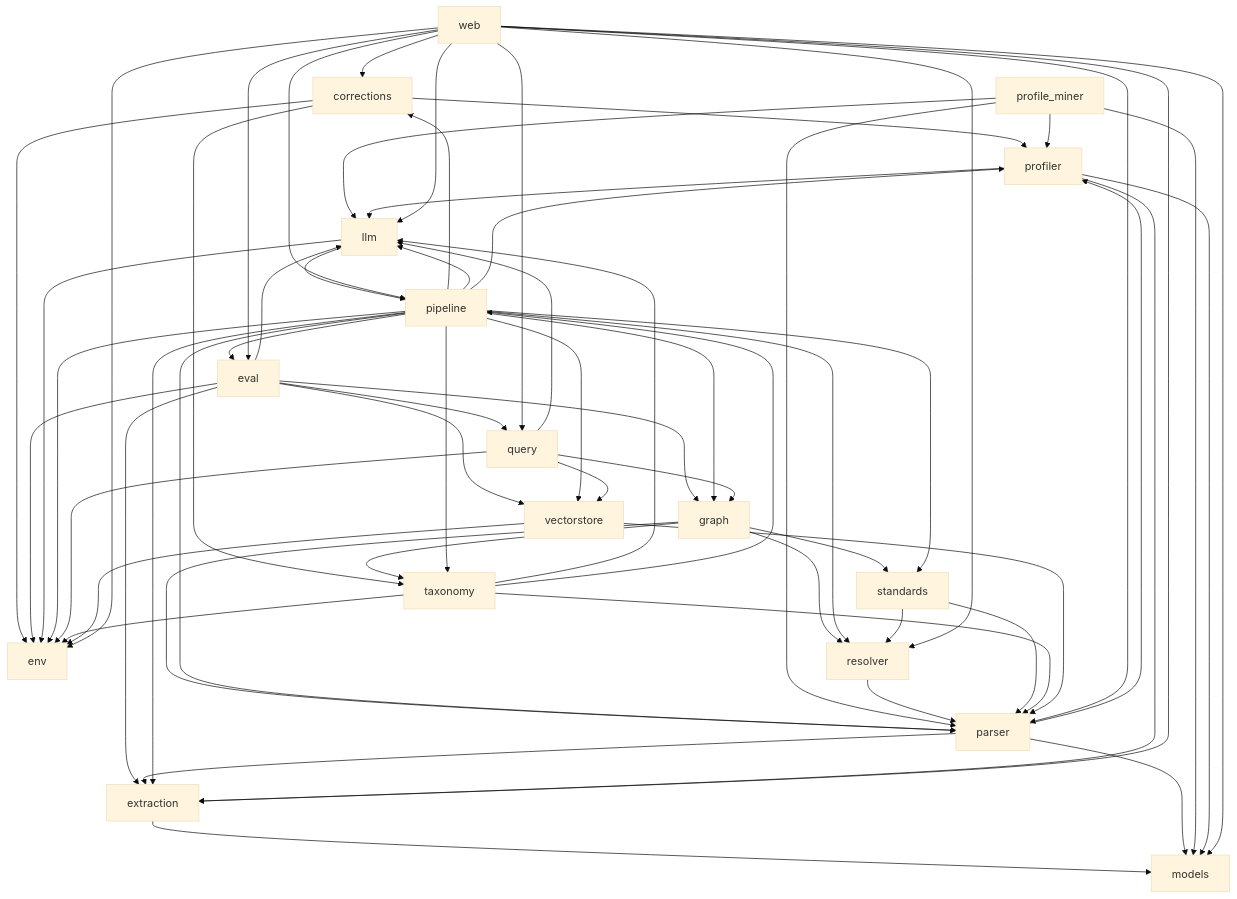
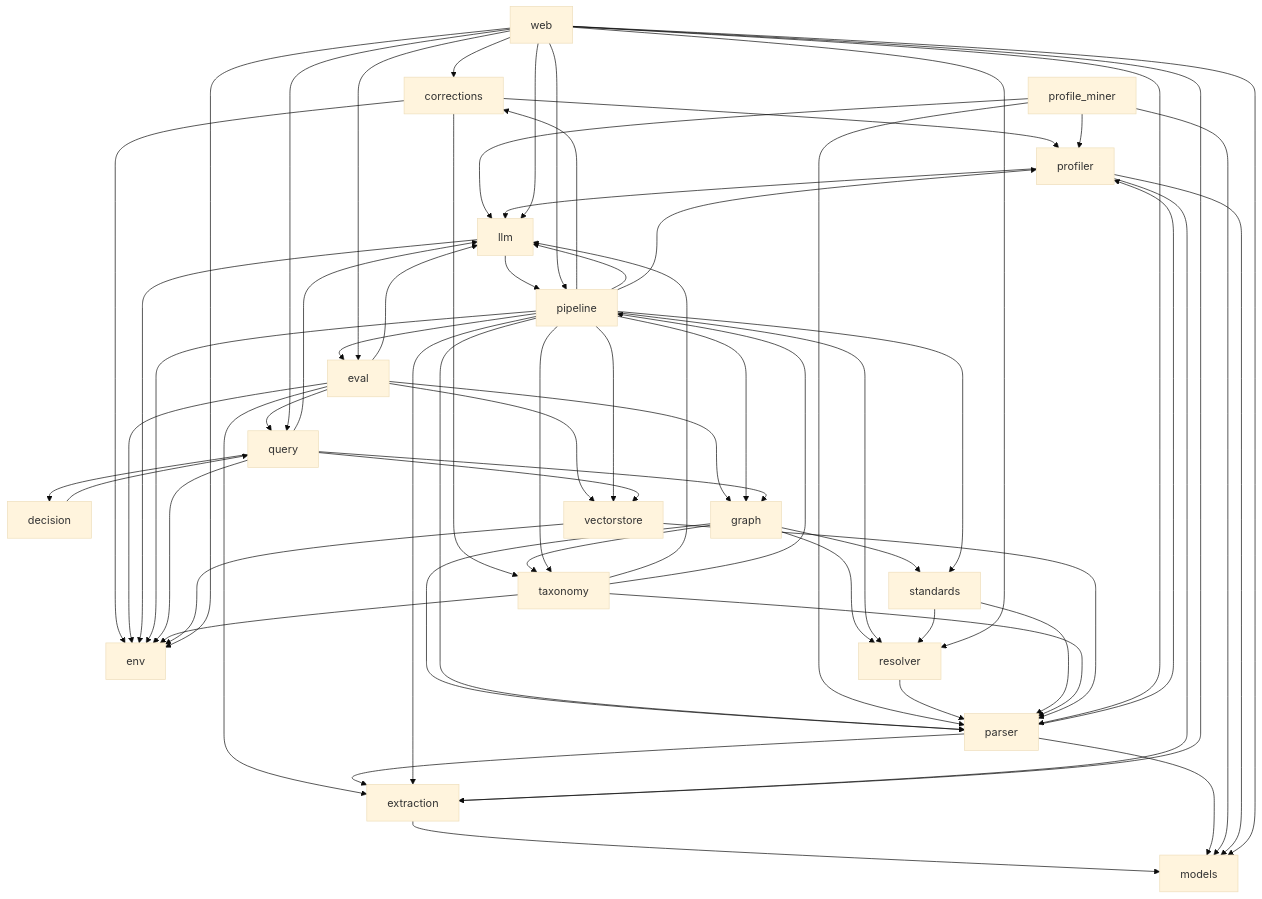
Before and after one commit to kurnoolion/nora: the diagram in docs/compact/MAP.md, drawn with Mermaid (base theme). The commit also changed other lines of this file and 6 other files, not shown here.

````diff
--- a/docs/compact/MAP.md
+++ b/docs/compact/MAP.md
@@ -29,6 +30,7 @@
 ```mermaid
 flowchart TD
     m_corrections[corrections]
+    m_decision[decision]
     m_env[env]
     m_eval[eval]
     m_extraction[extraction]
@@ -48,6 +50,7 @@
     m_corrections --> m_env
     m_corrections --> m_profiler
     m_corrections --> m_taxonomy
+    m_decision --> m_query
     m_eval --> m_env
     m_eval --> m_extraction
     m_eval --> m_graph
@@ -83,6 +86,7 @@
     m_profiler --> m_extraction
     m_profiler --> m_llm
     m_profiler --> m_models
+    m_query --> m_decision
     m_query --> m_env
     m_query --> m_graph
     m_query --> m_llm
````
